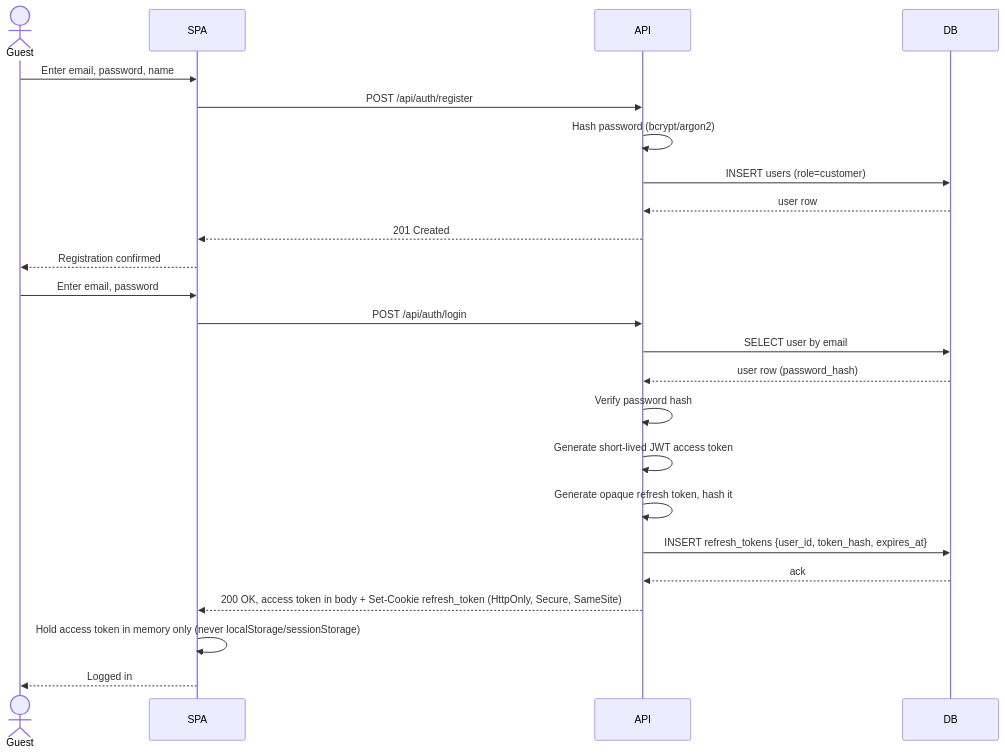
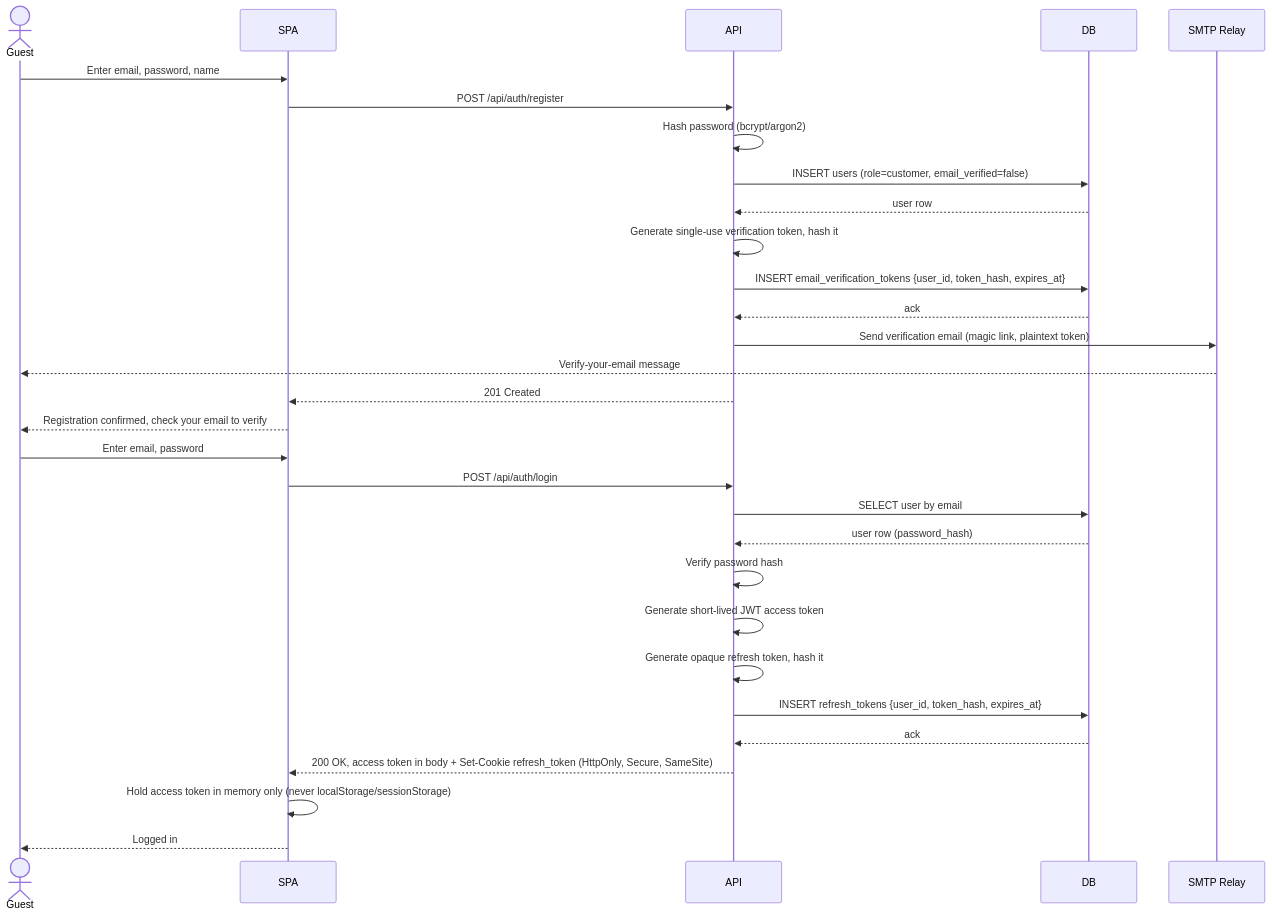
One commit to ahmedpi/Remediation-Engineer-Sample-Application changed the fifth of 16 diagrams in DESIGN.md. Above: the diagram before and after it, drawn with Mermaid. The commit also changed other lines of this file and 2 other files, not shown here.

Commit message:
add email verification to design.md

````diff
--- a/DESIGN.md
+++ b/DESIGN.md
@@ -431,28 +463,34 @@
 ```mermaid
 sequenceDiagram
     actor Guest
     participant SPA
     participant API
     participant DB
+    participant SMTP as SMTP Relay
 
     Guest->>SPA: Enter email, password, name
     SPA->>API: POST /api/auth/register
     API->>API: Hash password (bcrypt/argon2)
-    API->>DB: INSERT users (role=customer)
+    API->>DB: INSERT users (role=customer, email_verified=false)
     DB-->>API: user row
+    API->>API: Generate single-use verification token, hash it
+    API->>DB: INSERT email_verification_tokens {user_id, token_hash, expires_at}
+    DB-->>API: ack
+    API->>SMTP: Send verification email (magic link, plaintext token)
+    SMTP-->>Guest: Verify-your-email message
     API-->>SPA: 201 Created
-    SPA-->>Guest: Registration confirmed
+    SPA-->>Guest: Registration confirmed, check your email to verify
 
     Guest->>SPA: Enter email, password
     SPA->>API: POST /api/auth/login
     API->>DB: SELECT user by email
     DB-->>API: user row (password_hash)
     API->>API: Verify password hash
     API->>API: Generate short-lived JWT access token
     API->>API: Generate opaque refresh token, hash it
     API->>DB: INSERT refresh_tokens {user_id, token_hash, expires_at}
     DB-->>API: ack
     API-->>SPA: 200 OK, access token in body + Set-Cookie refresh_token (HttpOnly, Secure, SameSite)
     SPA->>SPA: Hold access token in memory only (never localStorage/sessionStorage)
     SPA-->>Guest: Logged in
 ```
````
